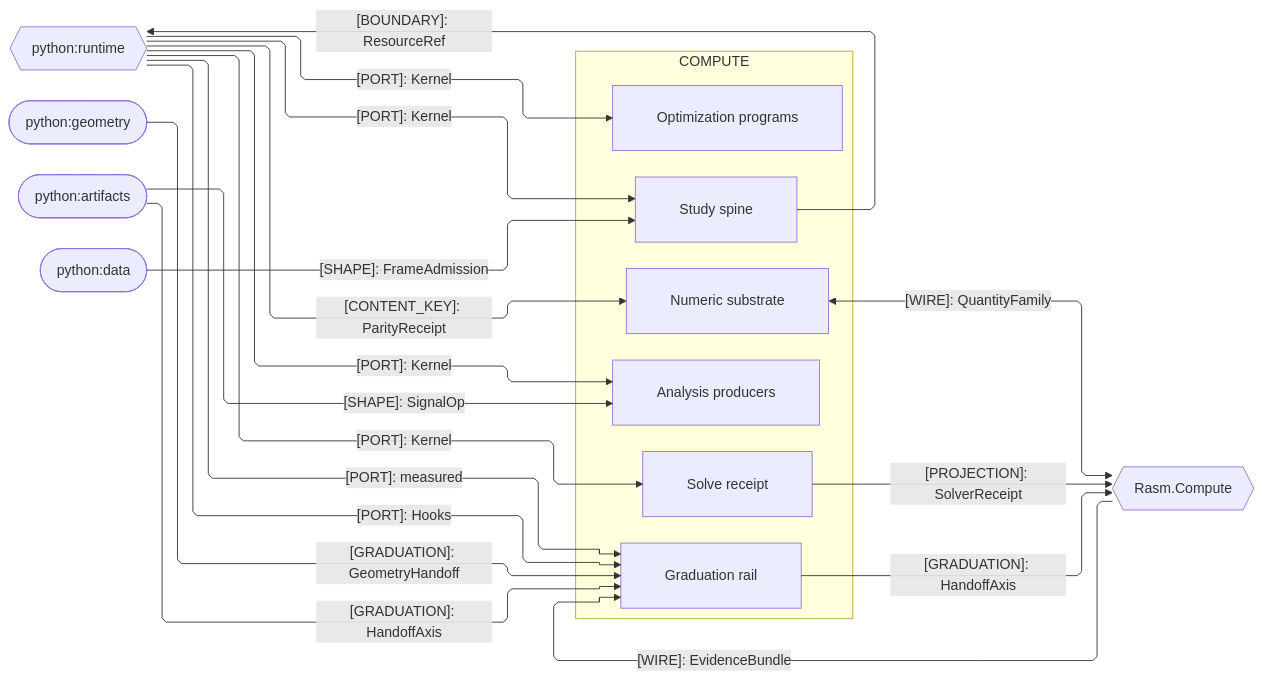
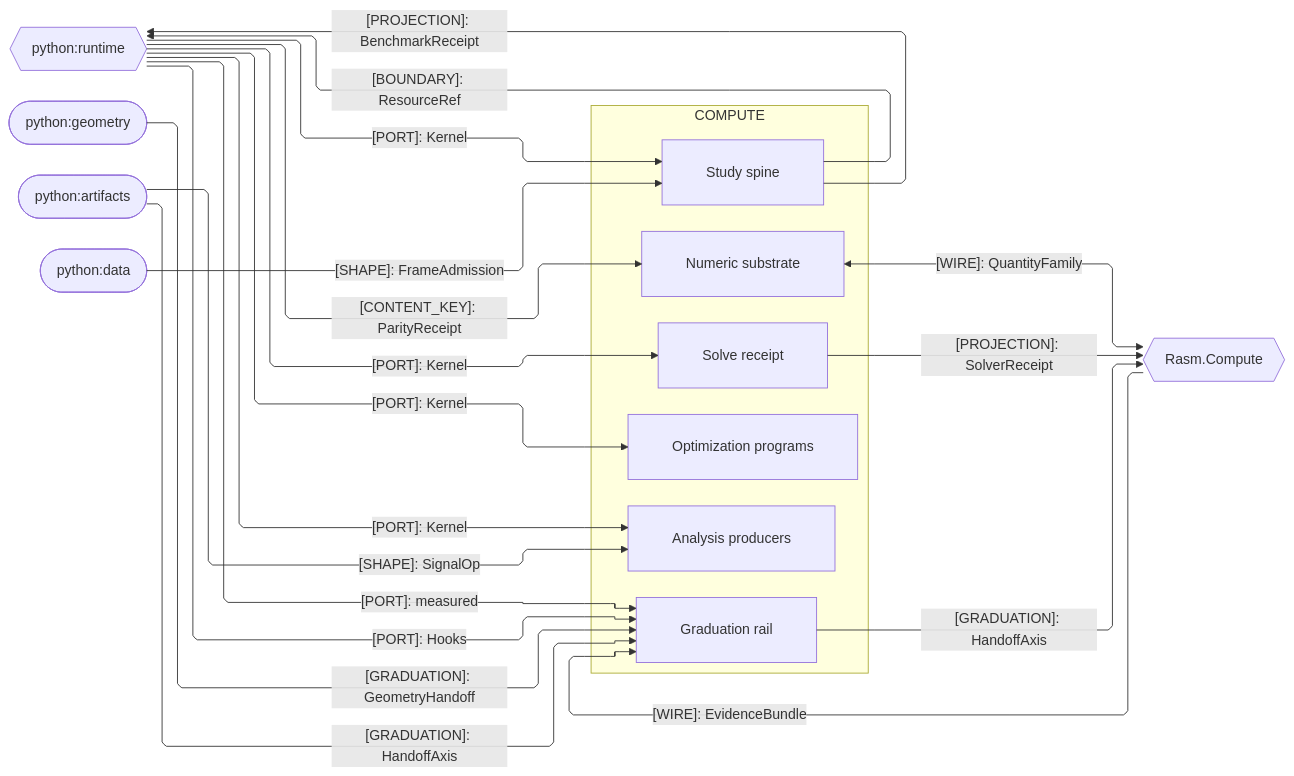
The first of 3 diagrams in libs/python/compute/ARCHITECTURE.md (bsamiee/Rasm), drawn with Mermaid before and after one commit. The commit also changed other lines of this file and 124 other files, not shown here.

First line of the commit message:
planning registries: ARCHITECTURE/README/IDEAS/TASKLOG/RULINGS + csproj, campaign-method, CLAUDE.md

````diff
--- a/libs/python/compute/ARCHITECTURE.md
+++ b/libs/python/compute/ARCHITECTURE.md
@@ -46,41 +46,42 @@
 ```mermaid
 ---
 config:
   layout: elk
   flowchart:
     curve: linear
     padding: 25
 ---
 flowchart LR
     accTitle: Compute package seam registry
     accDescr: Compute sub-domain owners exchanging graduation evidence, quantities, content keys, frame shapes, and the runtime Kernel port with Rasm.Compute and the Python geometry, artifacts, runtime, and data peers, edge rails colored by kind and nodes classed by seam direction.
     subgraph compute[COMPUTE]
         Graduation[Graduation rail]
         Solvers[Solve receipt]
         Numerics[Numeric substrate]
         Experiments[Study spine]
         Analysis[Analysis producers]
         Optimization[Optimization programs]
     end
     Compute{{Rasm.Compute}}
     Runtime{{python:runtime}}
     Geometry([python:geometry])
     Artifacts([python:artifacts])
     Data([python:data])
     Graduation e1@-->|"[GRADUATION]: HandoffAxis"| Compute
     Compute e2@-->|"[WIRE]: EvidenceBundle"| Graduation
     Solvers e3@-->|"[PROJECTION]: SolverReceipt"| Compute
     Numerics e4@<-->|"[WIRE]: QuantityFamily"| Compute
     Geometry e5@-->|"[GRADUATION]: GeometryHandoff"| Graduation
     Artifacts e6@-->|"[GRADUATION]: HandoffAxis"| Graduation
     Artifacts e7@-->|"[SHAPE]: SignalOp"| Analysis
     Runtime e8@-->|"[CONTENT_KEY]: ParityReceipt"| Numerics
     Experiments e9@-->|"[BOUNDARY]: ResourceRef"| Runtime
     Data e10@-->|"[SHAPE]: FrameAdmission"| Experiments
+    Experiments e17@-->|"[PROJECTION]: BenchmarkReceipt"| Runtime
     Runtime e11@-->|"[PORT]: Kernel"| Solvers
     Runtime e12@-->|"[PORT]: measured"| Graduation
     Runtime e16@-->|"[PORT]: Hooks"| Graduation
     Runtime e13@-->|"[PORT]: Kernel"| Experiments
     Runtime e14@-->|"[PORT]: Kernel"| Analysis
     Runtime e15@-->|"[PORT]: Kernel"| Optimization
 ```
````
